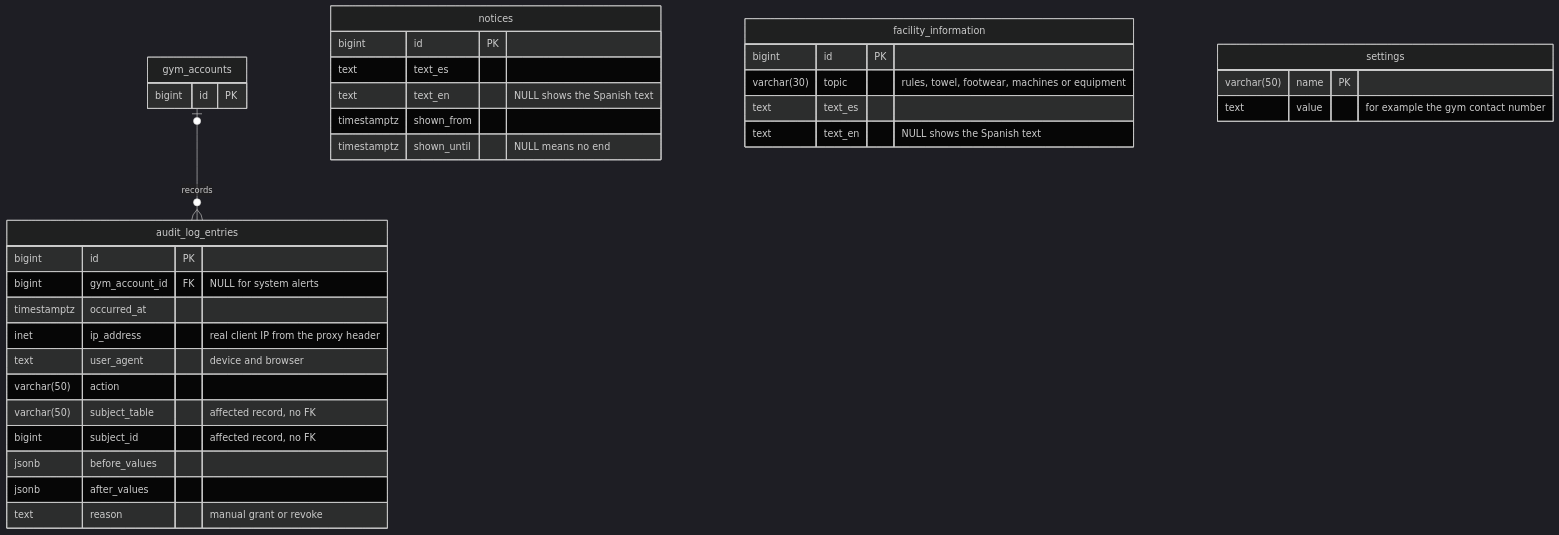
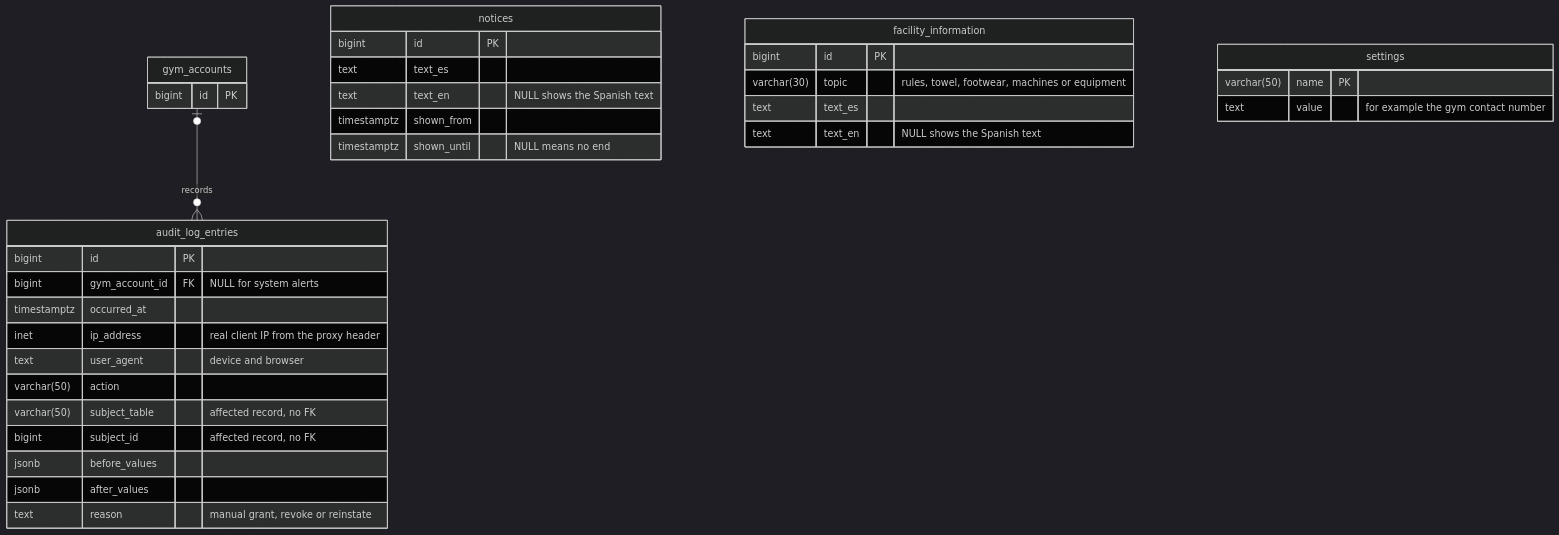
Before and after one commit to Th3-Minorities/natatorio-gym-app: the fourth of 4 diagrams in docs/design/data-model.md, drawn with Mermaid (dark theme). The commit also changed other lines of this file, not shown here.

````diff
--- a/docs/design/data-model.md
+++ b/docs/design/data-model.md
@@ -245,38 +256,38 @@
 ```mermaid
 erDiagram
   gym_accounts |o--o{ audit_log_entries : "records"
 
   gym_accounts {
     bigint id PK
   }
   audit_log_entries {
     bigint id PK
     bigint gym_account_id FK "NULL for system alerts"
     timestamptz occurred_at
     inet ip_address "real client IP from the proxy header"
     text user_agent "device and browser"
     varchar(50) action
     varchar(50) subject_table "affected record, no FK"
     bigint subject_id "affected record, no FK"
     jsonb before_values
     jsonb after_values
-    text reason "manual grant or revoke"
+    text reason "manual grant, revoke or reinstate"
   }
   notices {
     bigint id PK
     text text_es
     text text_en "NULL shows the Spanish text"
     timestamptz shown_from
     timestamptz shown_until "NULL means no end"
   }
   facility_information {
     bigint id PK
     varchar(30) topic "rules, towel, footwear, machines or equipment"
     text text_es
     text text_en "NULL shows the Spanish text"
   }
   settings {
     varchar(50) name PK
     text value "for example the gym contact number"
   }
 ```
````
